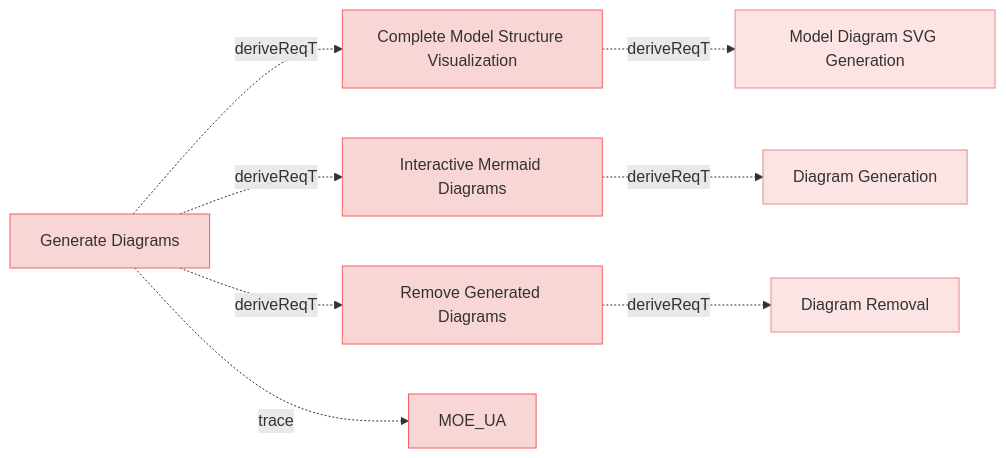
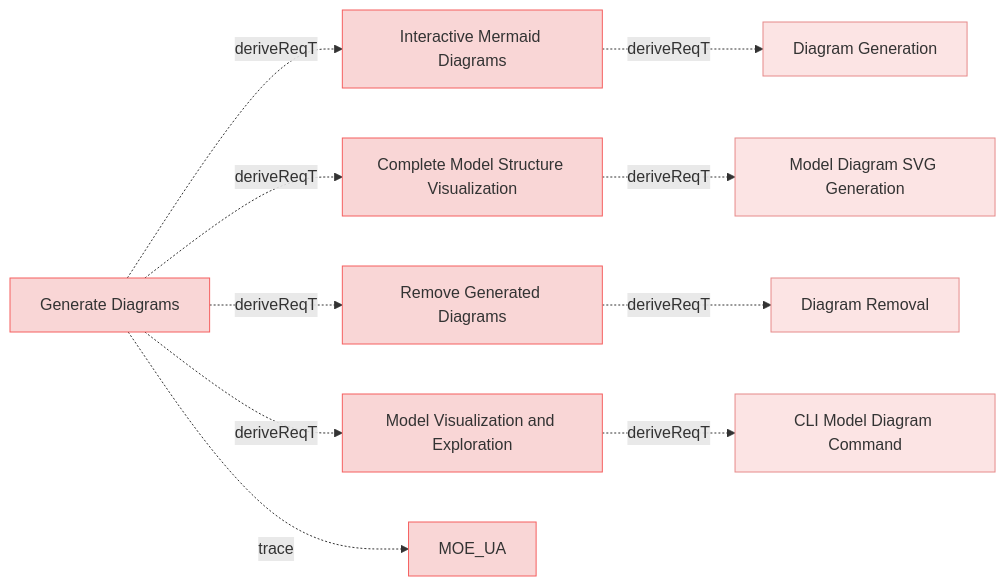
Before and after one commit to reqvire-org/reqvire: the first of 9 diagrams in specifications/UserRequirements.md, drawn with Mermaid. The commit also changed other lines of this file and 26 other files, not shown here.

````diff
--- a/specifications/UserRequirements.md
+++ b/specifications/UserRequirements.md
@@ -4,41 +4,49 @@
 ```mermaid
 graph LR;
   %% REQVIRE-AUTOGENERATED-DIAGRAM
   %% Graph styling
   classDef userRequirement fill:#f9d6d6,stroke:#f55f5f,stroke-width:1px;
   classDef systemRequirement fill:#fce4e4,stroke:#e68a8a,stroke-width:1px;
   classDef verification fill:#d6f9d6,stroke:#5fd75f,stroke-width:1px;
   classDef default fill:#f5f5f5,stroke:#333333,stroke-width:1px;
 
+  eedf6d6d3d2354d9["Interactive Mermaid Diagrams"];
+  class eedf6d6d3d2354d9 userRequirement;
+  click eedf6d6d3d2354d9 "UserRequirements.md#interactive-mermaid-diagrams";
+  e9aee7d9477f4abe["Diagram Generation"];
+  class e9aee7d9477f4abe systemRequirement;
+  click e9aee7d9477f4abe "SystemRequirements/Requirements.md#diagram-generation";
+  eedf6d6d3d2354d9 -.->|deriveReqT| e9aee7d9477f4abe;
   b080cbe28d92ddf3["Complete Model Structure Visualization"];
   class b080cbe28d92ddf3 userRequirement;
   click b080cbe28d92ddf3 "UserRequirements.md#complete-model-structure-visualization";
   1e20313bdf4c143c["Model Diagram SVG Generation"];
   class 1e20313bdf4c143c systemRequirement;
   click 1e20313bdf4c143c "SystemRequirements/Requirements.md#model-diagram-svg-generation";
   b080cbe28d92ddf3 -.->|deriveReqT| 1e20313bdf4c143c;
-  eedf6d6d3d2354d9["Interactive Mermaid Diagrams"];
-  class eedf6d6d3d2354d9 userRequirement;
-  click eedf6d6d3d2354d9 "UserRequirements.md#interactive-mermaid-diagrams";
-  e9aee7d9477f4abe["Diagram Generation"];
-  class e9aee7d9477f4abe systemRequirement;
-  click e9aee7d9477f4abe "SystemRequirements/Requirements.md#diagram-generation";
-  eedf6d6d3d2354d9 -.->|deriveReqT| e9aee7d9477f4abe;
   8b2dd3bb2c44db94["Remove Generated Diagrams"];
   class 8b2dd3bb2c44db94 userRequirement;
   click 8b2dd3bb2c44db94 "UserRequirements.md#remove-generated-diagrams";
   4ec753faad5a75f7["Diagram Removal"];
   class 4ec753faad5a75f7 systemRequirement;
   click 4ec753faad5a75f7 "SystemRequirements/Requirements.md#diagram-removal";
   8b2dd3bb2c44db94 -.->|deriveReqT| 4ec753faad5a75f7;
+  5e10b566c9d01f8f["Model Visualization and Exploration"];
+  class 5e10b566c9d01f8f userRequirement;
+  click 5e10b566c9d01f8f "UserRequirements.md#model-visualization-and-exploration";
+  3b9f849eea96ef6a["CLI Model Diagram Command"];
+  class 3b9f849eea96ef6a systemRequirement;
+  click 3b9f849eea96ef6a "SystemRequirements/Requirements.md#cli-model-diagram-command";
+  5e10b566c9d01f8f -.->|deriveReqT| 3b9f849eea96ef6a;
   37a5b8e199a838f["Generate Diagrams"];
   class 37a5b8e199a838f userRequirement;
   click 37a5b8e199a838f "UserStories.md#generate-diagrams";
   2c5f30f14e792200["MOE_UA"];
   class 2c5f30f14e792200 userRequirement;
   click 2c5f30f14e792200 "MOEs.md#moe_ua";
   37a5b8e199a838f -.->|trace| 2c5f30f14e792200;
+  37a5b8e199a838f -.->|deriveReqT| eedf6d6d3d2354d9;
   37a5b8e199a838f -.->|deriveReqT| b080cbe28d92ddf3;
-  37a5b8e199a838f -.->|deriveReqT| eedf6d6d3d2354d9;
   37a5b8e199a838f -.->|deriveReqT| 8b2dd3bb2c44db94;
+  37a5b8e199a838f -.->|deriveReqT| 5e10b566c9d01f8f;
 ```
````
